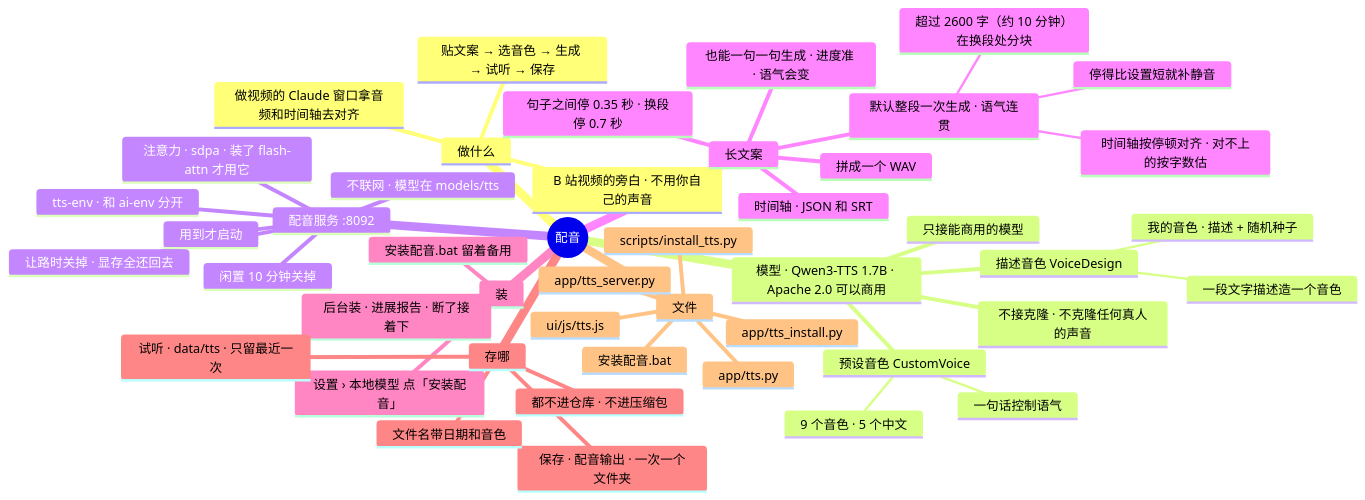
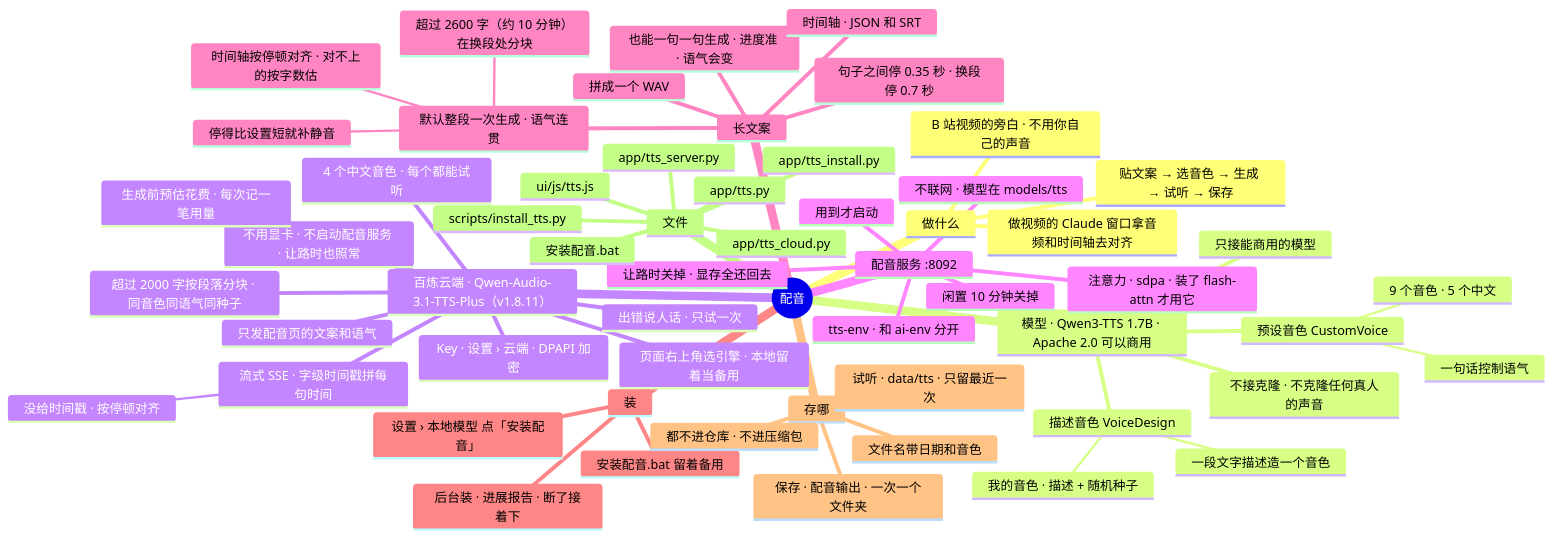
Before and after one commit to lql-076/Experiment-Agent-One: the diagram in docs/AI文档/架构/14-配音.md, drawn with Mermaid. The commit also changed other lines of this file and 23 other files, not shown here.

First line of the commit message:
v1.8.11：配音加百炼云端引擎（千问 Qwen-Audio-3.1-TTS-Plus），本地 Qwen3-TTS 留着备用

````diff
--- a/docs/AI文档/架构/14-配音.md
+++ b/docs/AI文档/架构/14-配音.md
@@ -9,50 +9,62 @@
 ```mermaid
 mindmap
   root((配音))
     做什么
       B 站视频的旁白 · 不用你自己的声音
       贴文案 → 选音色 → 生成 → 试听 → 保存
       做视频的 Claude 窗口拿音频和时间轴去对齐
     模型 · Qwen3-TTS 1.7B · Apache 2.0 可以商用
       预设音色 CustomVoice
         9 个音色 · 5 个中文
         一句话控制语气
       描述音色 VoiceDesign
         一段文字描述造一个音色
         我的音色 · 描述 + 随机种子
       不接克隆 · 不克隆任何真人的声音
       只接能商用的模型
+    百炼云端 · Qwen-Audio-3.1-TTS-Plus（v1.8.11）
+      页面右上角选引擎 · 本地留着当备用
+      不用显卡 · 不启动配音服务 · 让路时也照常
+      只发配音页的文案和语气
+      Key · 设置 › 云端 · DPAPI 加密
+      4 个中文音色 · 每个都能试听
+      流式 SSE · 字级时间戳拼每句时间
+        没给时间戳 · 按停顿对齐
+      超过 2000 字按段落分块 · 同音色同语气同种子
+      生成前预估花费 · 每次记一笔用量
+      出错说人话 · 只试一次
     配音服务 :8092
     :::svc-tts
       tts-env · 和 ai-env 分开
       用到才启动
       闲置 10 分钟关掉
       让路时关掉 · 显存全还回去
       不联网 · 模型在 models/tts
       注意力 · sdpa · 装了 flash-attn 才用它
     长文案
       默认整段一次生成 · 语气连贯
         超过 2600 字（约 10 分钟）在换段处分块
         时间轴按停顿对齐 · 对不上的按字数估
         停得比设置短就补静音
       也能一句一句生成 · 进度准 · 语气会变
       句子之间停 0.35 秒 · 换段停 0.7 秒
       拼成一个 WAV
       时间轴 · JSON 和 SRT
     装
       设置 › 本地模型 点「安装配音」
       后台装 · 进展报告 · 断了接着下
       安装配音.bat 留着备用
     存哪
       试听 · data/tts · 只留最近一次
       保存 · 配音输出 · 一次一个文件夹
       文件名带日期和音色
       都不进仓库 · 不进压缩包
     文件
       app/tts.py
+      app/tts_cloud.py
       app/tts_server.py
       scripts/install_tts.py
       app/tts_install.py
       安装配音.bat
       ui/js/tts.js
 ```
````
